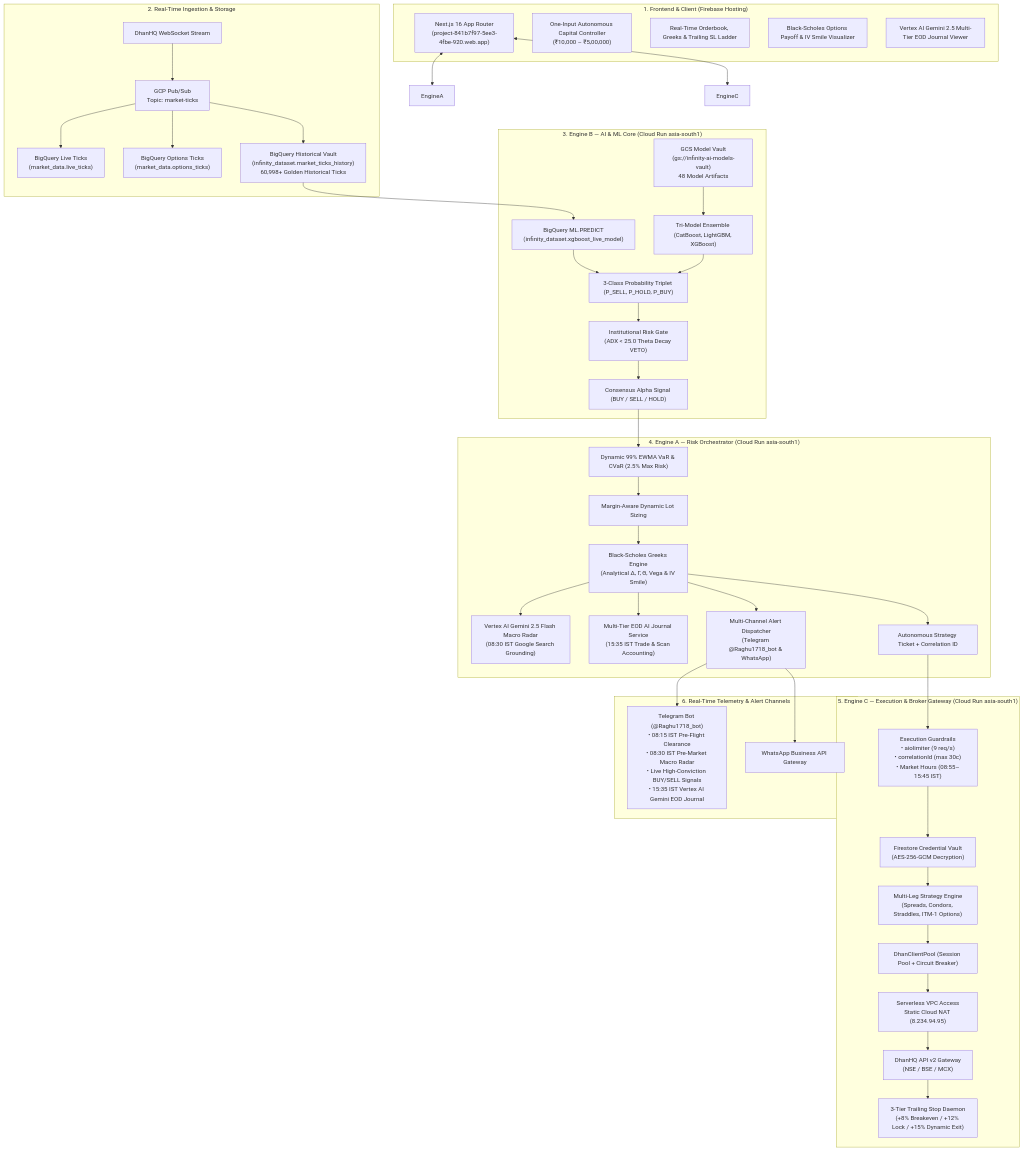
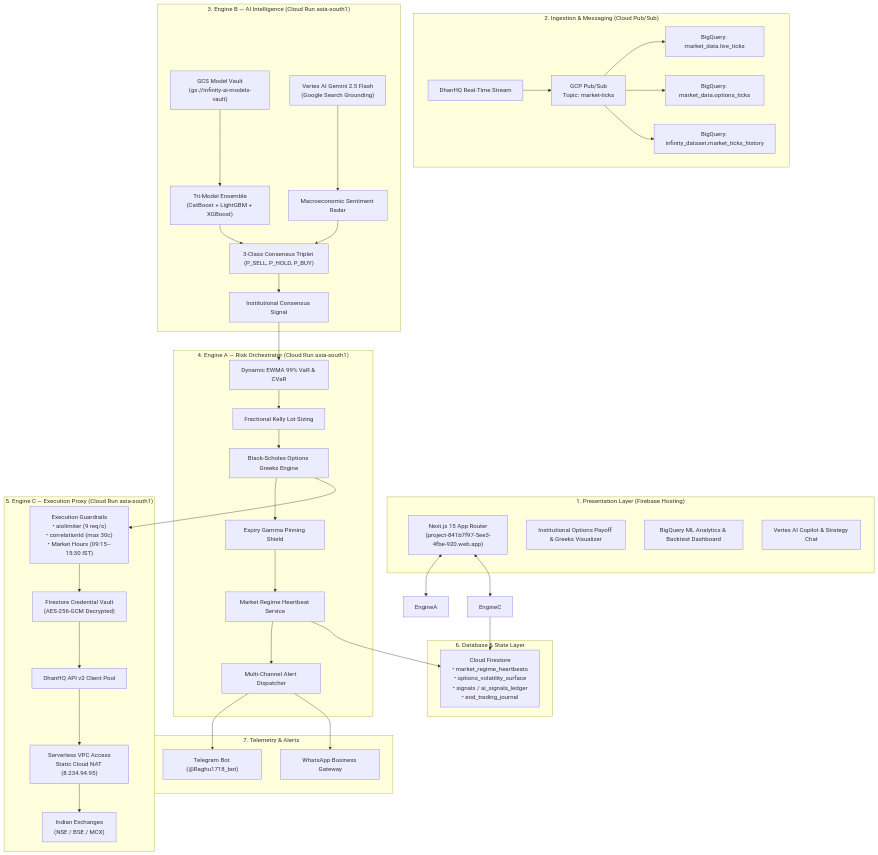
Before and after one commit to raghu-1718/InfinityAI.Pro: the first of 4 diagrams in README.md, drawn with Mermaid. The commit also changed other lines of this file, not shown here.

Commit message:
docs(arch): comprehensive evidence-backed stack inventory, architecture walkthrough, and verified production README

````diff
--- a/README.md
+++ b/README.md
@@ -37,54 +38,55 @@
 ```mermaid
 flowchart TB
-    subgraph Presentation ["1. Frontend & Client (Firebase Hosting)"]
-        UI["Next.js 16 App Router<br/>(project-841b7f97-5ee3-4fbe-920.web.app)"]
-        CapSlider["One-Input Autonomous Capital Controller<br/>(₹10,000 – ₹5,00,000)"]
-        Telemetry["Real-Time Orderbook, Greeks & Trailing SL Ladder"]
-        PayoffVis["Black-Scholes Options Payoff & IV Smile Visualizer"]
-        JournalVis["Vertex AI Gemini 2.5 Multi-Tier EOD Journal Viewer"]
+    subgraph Presentation ["1. Presentation Layer (Firebase Hosting)"]
+        UI["Next.js 15 App Router<br/>(project-841b7f97-5ee3-4fbe-920.web.app)"]
+        PayoffVis["Institutional Options Payoff & Greeks Visualizer"]
+        Analytics["BigQuery ML Analytics & Backtest Dashboard"]
+        GeminiChat["Vertex AI Copilot & Strategy Chat"]
     end
 
-    subgraph DataPipeline ["2. Real-Time Ingestion & Storage"]
-        DhanTicks["DhanHQ WebSocket Stream"] --> PubSub["GCP Pub/Sub<br/>Topic: market-ticks"]
-        PubSub --> BQ_Live["BigQuery Live Ticks<br/>(market_data.live_ticks)"]
-        PubSub --> BQ_Options["BigQuery Options Ticks<br/>(market_data.options_ticks)"]
-        PubSub --> BQ_Hist["BigQuery Historical Vault<br/>(infinity_dataset.market_ticks_history)<br/>60,998+ Golden Historical Ticks"]
+    subgraph Messaging ["2. Ingestion & Messaging (Cloud Pub/Sub)"]
+        DhanTicks["DhanHQ Real-Time Stream"] --> PubSub["GCP Pub/Sub<br/>Topic: market-ticks"]
+        PubSub --> BQ_Live["BigQuery: market_data.live_ticks"]
+        PubSub --> BQ_Options["BigQuery: market_data.options_ticks"]
+        PubSub --> BQ_Hist["BigQuery: infinity_dataset.market_ticks_history"]
     end
 
-    subgraph Intelligence ["3. Engine B — AI & ML Core (Cloud Run asia-south1)"]
-        GCS["GCS Model Vault<br/>(gs://infinity-ai-models-vault)<br/>48 Model Artifacts"] --> Ensemble["Tri-Model Ensemble (CatBoost, LightGBM, XGBoost)"]
-        BQ_Hist --> BQML["BigQuery ML.PREDICT<br/>(infinity_dataset.xgboost_live_model)"]
-        BQML --> 3Class["3-Class Probability Triplet (P_SELL, P_HOLD, P_BUY)"]
-        Ensemble --> 3Class
-        3Class --> VetoFilter["Institutional Risk Gate<br/>(ADX < 25.0 Theta Decay VETO)"]
-        VetoFilter --> AlphaSignal["Consensus Alpha Signal (BUY / SELL / HOLD)"]
+    subgraph Intelligence ["3. Engine B — AI Intelligence (Cloud Run asia-south1)"]
+        GCS["GCS Model Vault<br/>(gs://infinity-ai-models-vault)"] --> TriModel["Tri-Model Ensemble<br/>(CatBoost + LightGBM + XGBoost)"]
+        VertexAI["Vertex AI Gemini 2.5 Flash<br/>(Google Search Grounding)"] --> Macro["Macroeconomic Sentiment Radar"]
+        TriModel --> Consensus["3-Class Consensus Triplet (P_SELL, P_HOLD, P_BUY)"]
+        Macro --> Consensus
+        Consensus --> AlphaSignal["Institutional Consensus Signal"]
     end
 
     subgraph Orchestration ["4. Engine A — Risk Orchestrator (Cloud Run asia-south1)"]
-        AlphaSignal --> RiskEngine["Dynamic 99% EWMA VaR & CVaR (2.5% Max Risk)"]
-        RiskEngine --> KellySizing["Margin-Aware Dynamic Lot Sizing"]
-        KellySizing --> GreeksEngine["Black-Scholes Greeks Engine<br/>(Analytical Δ, Γ, Θ, Vega & IV Smile)"]
-        GreeksEngine --> PremarketRadar["Vertex AI Gemini 2.5 Flash Macro Radar<br/>(08:30 IST Google Search Grounding)"]
-        GreeksEngine --> EODJournal["Multi-Tier EOD AI Journal Service<br/>(15:35 IST Trade & Scan Accounting)"]
-        GreeksEngine --> AlertDispatch["Multi-Channel Alert Dispatcher<br/>(Telegram @Raghu1718_bot & WhatsApp)"]
-        GreeksEngine --> ClearedOrder["Autonomous Strategy Ticket + Correlation ID"]
+        AlphaSignal --> VaR["Dynamic EWMA 99% VaR & CVaR"]
+        VaR --> Kelly["Fractional Kelly Lot Sizing"]
+        Kelly --> Greeks["Black-Scholes Options Greeks Engine"]
+        Greeks --> ExpiryShield["Expiry Gamma Pinning Shield"]
+        ExpiryShield --> Heartbeat["Market Regime Heartbeat Service"]
+        Heartbeat --> AlertHub["Multi-Channel Alert Dispatcher"]
     end
 
-    subgraph Execution ["5. Engine C — Execution & Broker Gateway (Cloud Run asia-south1)"]
-        ClearedOrder --> Guardrails["Execution Guardrails<br/>• aiolimiter (9 req/s)<br/>• correlationId (max 30c)<br/>• Market Hours (08:55–15:45 IST)"]
-        Guardrails --> Vault["Firestore Credential Vault<br/>(AES-256-GCM Decryption)"]
-        Vault --> MultiLeg["Multi-Leg Strategy Engine<br/>(Spreads, Condors, Straddles, ITM-1 Options)"]
-        MultiLeg --> DhanPool["DhanClientPool (Session Pool + Circuit Breaker)"]
-        DhanPool --> VPC["Serverless VPC Access<br/>Static Cloud NAT (8.234.94.95)"]
-        VPC --> DhanHQ["DhanHQ API v2 Gateway<br/>(NSE / BSE / MCX)"]
-        DhanHQ --> TrailingDaemon["3-Tier Trailing Stop Daemon<br/>(+8% Breakeven / +12% Lock / +15% Dynamic Exit)"]
+    subgraph Execution ["5. Engine C — Execution Proxy (Cloud Run asia-south1)"]
+        Greeks --> Guardrails["Execution Guardrails<br/>• aiolimiter (9 req/s)<br/>• correlationId (max 30c)<br/>• Market Hours (09:15–15:30 IST)"]
+        Guardrails --> Vault["Firestore Credential Vault<br/>(AES-256-GCM Decrypted)"]
+        Vault --> DhanClient["DhanHQ API v2 Client Pool"]
+        DhanClient --> NAT["Serverless VPC Access<br/>Static Cloud NAT (8.234.94.95)"]
+        NAT --> Exchange["Indian Exchanges<br/>(NSE / BSE / MCX)"]
     end
 
-    subgraph MultiChannelAlerts ["6. Real-Time Telemetry & Alert Channels"]
-        AlertDispatch --> TG["Telegram Bot (@Raghu1718_bot)<br/>• 08:15 IST Pre-Flight Clearance<br/>• 08:30 IST Pre-Market Macro Radar<br/>• Live High-Conviction BUY/SELL Signals<br/>• 15:35 IST Vertex AI Gemini EOD Journal"]
-        AlertDispatch --> WA["WhatsApp Business API Gateway"]
+    subgraph Storage ["6. Database & State Layer"]
+        FS_State["Cloud Firestore<br/>• market_regime_heartbeats<br/>• options_volatility_surface<br/>• signals / ai_signals_ledger<br/>• eod_trading_journal"]
+    end
+
+    subgraph Telemetry ["7. Telemetry & Alerts"]
+        AlertHub --> TG["Telegram Bot (@Raghu1718_bot)"]
+        AlertHub --> WA["WhatsApp Business Gateway"]
     end
 
     UI <--> EngineA
     UI <--> EngineC
+    Heartbeat --> FS_State
+    EngineC --> FS_State
 ```
````
